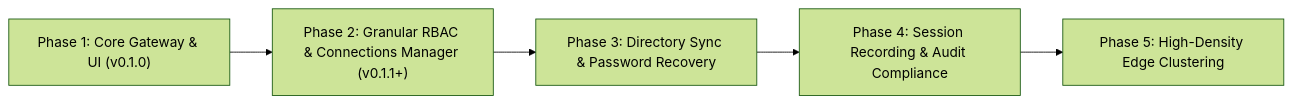
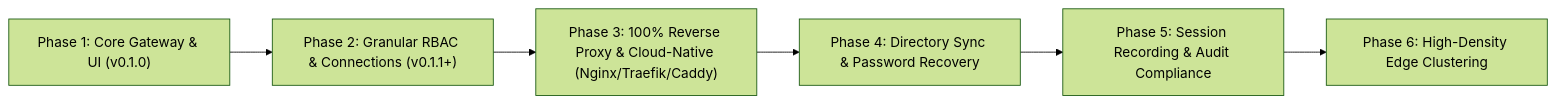
Before and after one commit to Woofson/remotedog: the diagram in ROADMAP.md, drawn with Mermaid (forest theme). The commit also changed other lines of this file, not shown here.

Commit message:
docs(roadmap): add Phase 3 commitment for 100% reverse proxy usability and cloud-native ingress

````diff
--- a/ROADMAP.md
+++ b/ROADMAP.md
@@ -9,7 +9,8 @@
 ```mermaid
 graph LR
-  A["Phase 1: Core Gateway & UI (v0.1.0)"] --> B["Phase 2: Granular RBAC & Connections Manager (v0.1.1+)"]
-  B --> C["Phase 3: Directory Sync & Password Recovery"]
-  C --> D["Phase 4: Session Recording & Audit Compliance"]
-  D --> E["Phase 5: High-Density Edge Clustering"]
+  A["Phase 1: Core Gateway & UI (v0.1.0)"] --> B["Phase 2: Granular RBAC & Connections (v0.1.1+)"]
+  B --> C["Phase 3: 100% Reverse Proxy & Cloud-Native (Nginx/Traefik/Caddy)"]
+  C --> D["Phase 4: Directory Sync & Password Recovery"]
+  D --> E["Phase 5: Session Recording & Audit Compliance"]
+  E --> F["Phase 6: High-Density Edge Clustering"]
 ```
````
